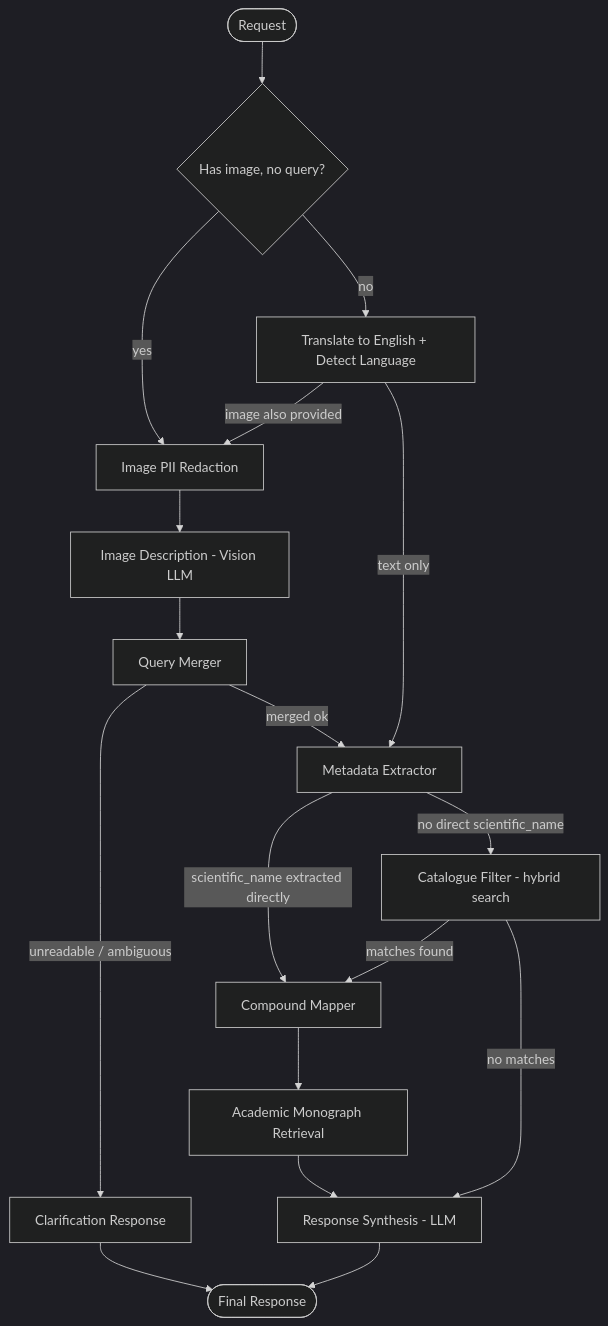
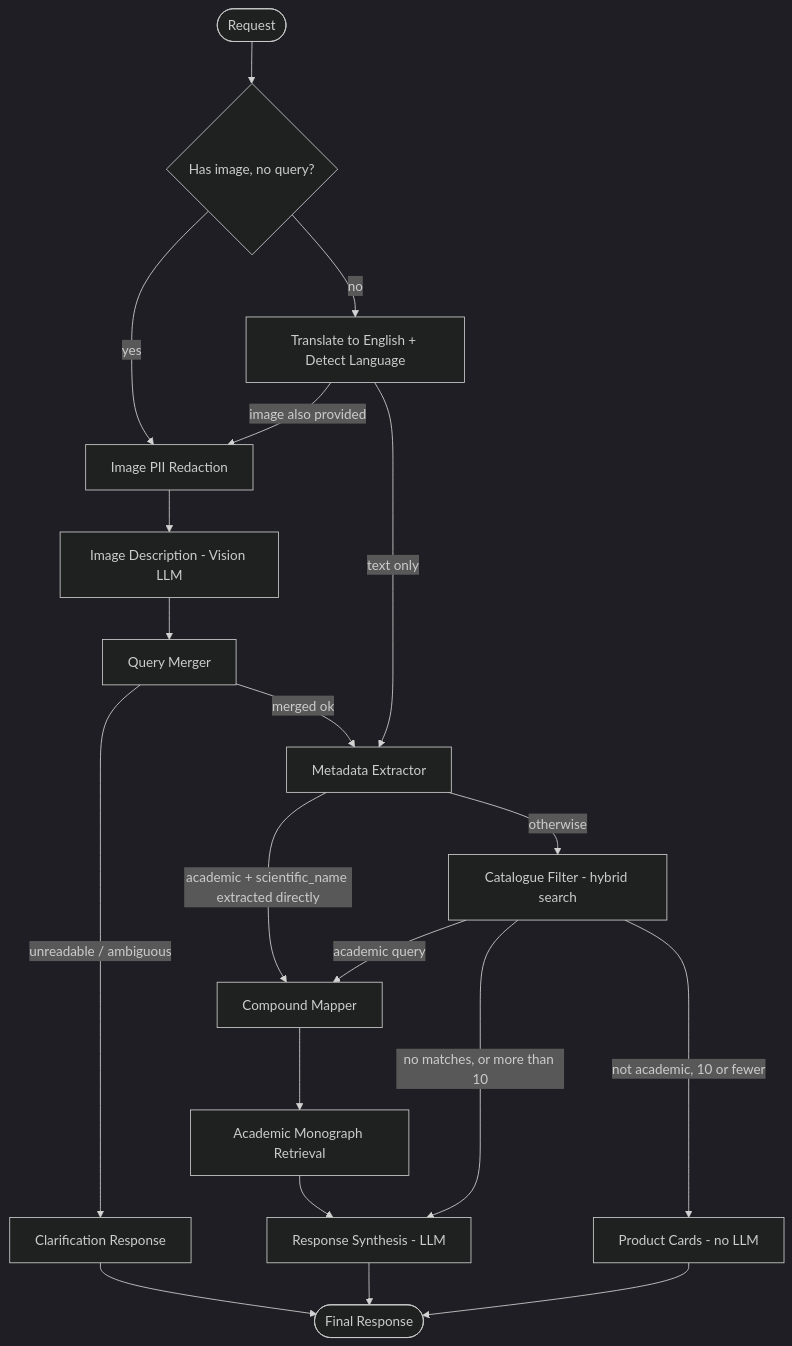
Before and after one commit to ramhany-coder/Drug-assistant-agent: the diagram in README.md, drawn with Mermaid (dark theme). The commit also changed other lines of this file and 445 other files, not shown here.

First line of the commit message:
feat: Implement product cards feature for non-academic queries

````diff
--- a/README.md
+++ b/README.md
@@ -84,28 +84,30 @@
 ```mermaid
 flowchart TD
     START([Request]) --> ROUTER{Has image, no query?}
 
     ROUTER -->|yes| IMGPII[Image PII Redaction]
     ROUTER -->|no| TRANS[Translate to English + Detect Language]
 
     TRANS -->|image also provided| IMGPII
     TRANS -->|text only| EXTRACT[Metadata Extractor]
 
     IMGPII --> IMGDESC[Image Description - Vision LLM]
     IMGDESC --> MERGE[Query Merger]
 
     MERGE -->|unreadable / ambiguous| REJECT[Clarification Response]
     MERGE -->|merged ok| EXTRACT
 
-    EXTRACT -->|scientific_name extracted directly| COMPOUND[Compound Mapper]
-    EXTRACT -->|no direct scientific_name| FILTER[Catalogue Filter - hybrid search]
+    EXTRACT -->|academic + scientific_name extracted directly| COMPOUND[Compound Mapper]
+    EXTRACT -->|otherwise| FILTER[Catalogue Filter - hybrid search]
 
-    FILTER -->|matches found| COMPOUND
-    FILTER -->|no matches| RESPOND[Response Synthesis - LLM]
+    FILTER -->|academic query| COMPOUND
+    FILTER -->|no matches, or more than 10| RESPOND[Response Synthesis - LLM]
+    FILTER -->|not academic, 10 or fewer| CARDS[Product Cards - no LLM]
 
     COMPOUND --> ACADEMIC[Academic Monograph Retrieval]
     ACADEMIC --> RESPOND
 
     REJECT --> DONE([Final Response])
     RESPOND --> DONE
+    CARDS --> DONE
 ```
````
